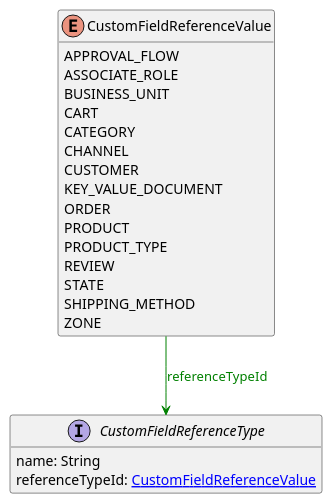
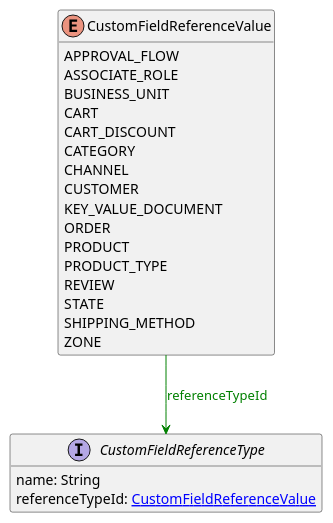
One commit to commercetools/commercetools-api-reference changed the diagram in uml/api/CustomFieldReferenceValue.puml. Above: the diagram before and after it, drawn with PlantUML. The commit also changed 2 other files, not shown here.

```diff
--- a/uml/api/CustomFieldReferenceValue.puml
+++ b/uml/api/CustomFieldReferenceValue.puml
@@ -1,26 +1,27 @@
 @startuml
 
 hide methods
 enum CustomFieldReferenceValue {
     APPROVAL_FLOW
     ASSOCIATE_ROLE
     BUSINESS_UNIT
     CART
+    CART_DISCOUNT
     CATEGORY
     CHANNEL
     CUSTOMER
     KEY_VALUE_DOCUMENT
     ORDER
     PRODUCT
     PRODUCT_TYPE
     REVIEW
     STATE
     SHIPPING_METHOD
     ZONE
 }
 interface CustomFieldReferenceType [[CustomFieldReferenceType.svg]]  {
     name: String
     referenceTypeId: [[CustomFieldReferenceValue.svg CustomFieldReferenceValue]]
 }
 CustomFieldReferenceValue --> CustomFieldReferenceType #green;text:green : "referenceTypeId"
 @enduml
```
